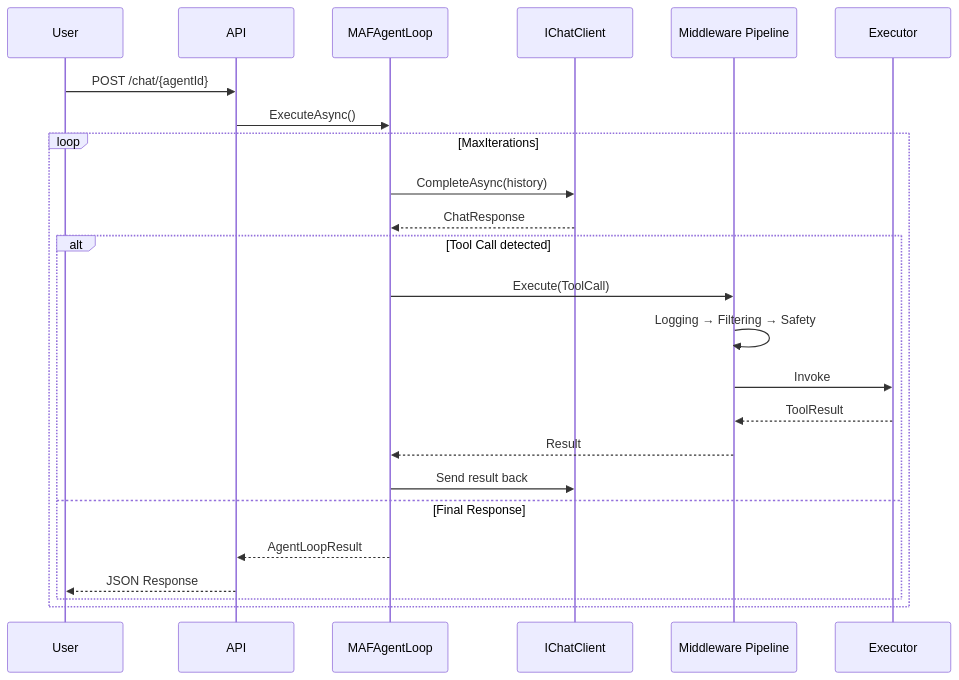
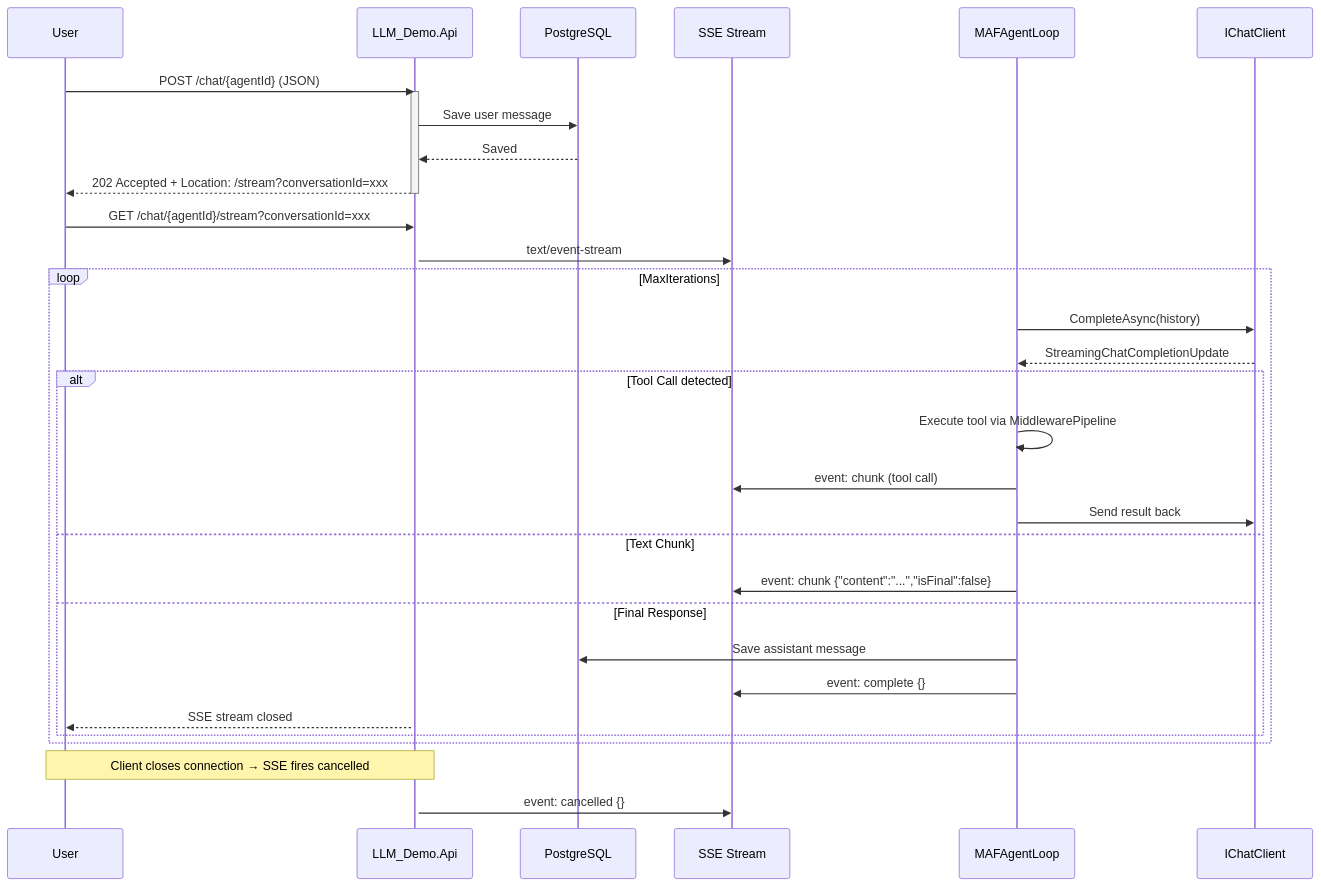
One commit to omsk1984-hub/LLM_Demo changed the second of 2 diagrams in README.md. Above: the diagram before and after it, drawn with Mermaid. The commit also changed other lines of this file, not shown here.

````diff
--- a/README.md
+++ b/README.md
@@ -335,30 +395,40 @@
 ```mermaid
 sequenceDiagram
     participant User
-    participant API
+    participant API as LLM_Demo.Api
+    participant DB as PostgreSQL
+    participant SSE as SSE Stream
     participant AgentLoop as MAFAgentLoop
     participant LLM as IChatClient
-    participant Pipeline as Middleware Pipeline
-    participant Tool as Executor
 
-    User->>API: POST /chat/{agentId}
-    API->>AgentLoop: ExecuteAsync()
+    User->>API: POST /chat/{agentId} (JSON)
+    activate API
+    API->>DB: Save user message
+    DB-->>API: Saved
+    API-->>User: 202 Accepted + Location: /stream?conversationId=xxx
+    deactivate API
+
+    User->>API: GET /chat/{agentId}/stream?conversationId=xxx
+    activate API
+    API->>SSE: text/event-stream
     
     loop MaxIterations
         AgentLoop->>LLM: CompleteAsync(history)
-        LLM-->>AgentLoop: ChatResponse
+        LLM-->>AgentLoop: StreamingChatCompletionUpdate
         
         alt Tool Call detected
-            AgentLoop->>Pipeline: Execute(ToolCall)
-            Pipeline->>Pipeline: Logging → Filtering → Safety
-            Pipeline->>Tool: Invoke
-            Tool-->>Pipeline: ToolResult
-            Pipeline-->>AgentLoop: Result
-            
+            AgentLoop->>AgentLoop: Execute tool via MiddlewarePipeline
+            AgentLoop->>SSE: event: chunk (tool call)
             AgentLoop->>LLM: Send result back
+        else Text Chunk
+            AgentLoop->>SSE: event: chunk {"content":"...","isFinal":false}
         else Final Response
-            AgentLoop-->>API: AgentLoopResult
-            API-->>User: JSON Response
+            AgentLoop->>DB: Save assistant message
+            AgentLoop->>SSE: event: complete {}
+            API-->>User: SSE stream closed
         end
     end
+
+    Note over User,API: Client closes connection → SSE fires cancelled
+    API->>SSE: event: cancelled {}
 ```
````
